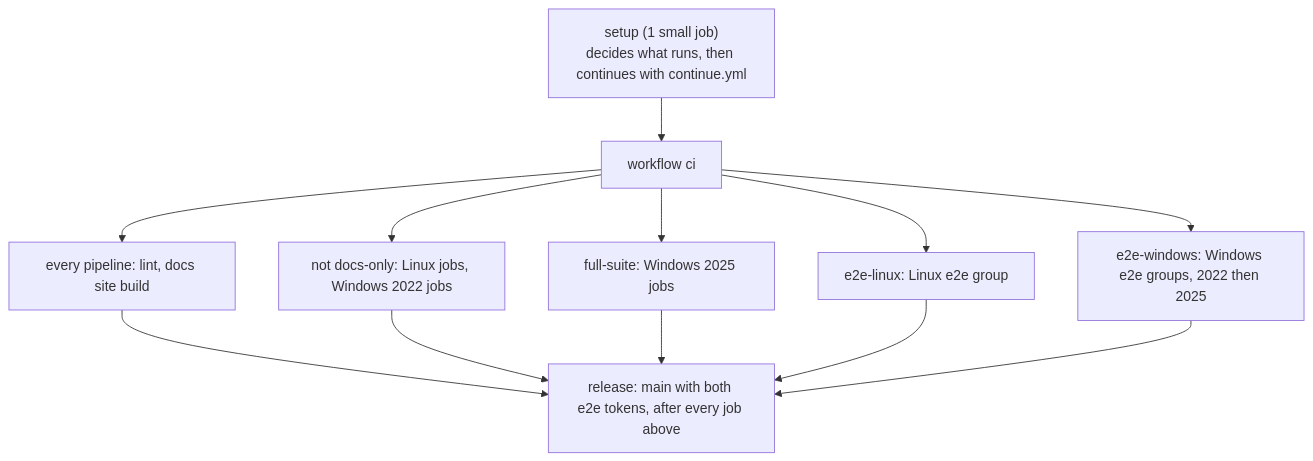
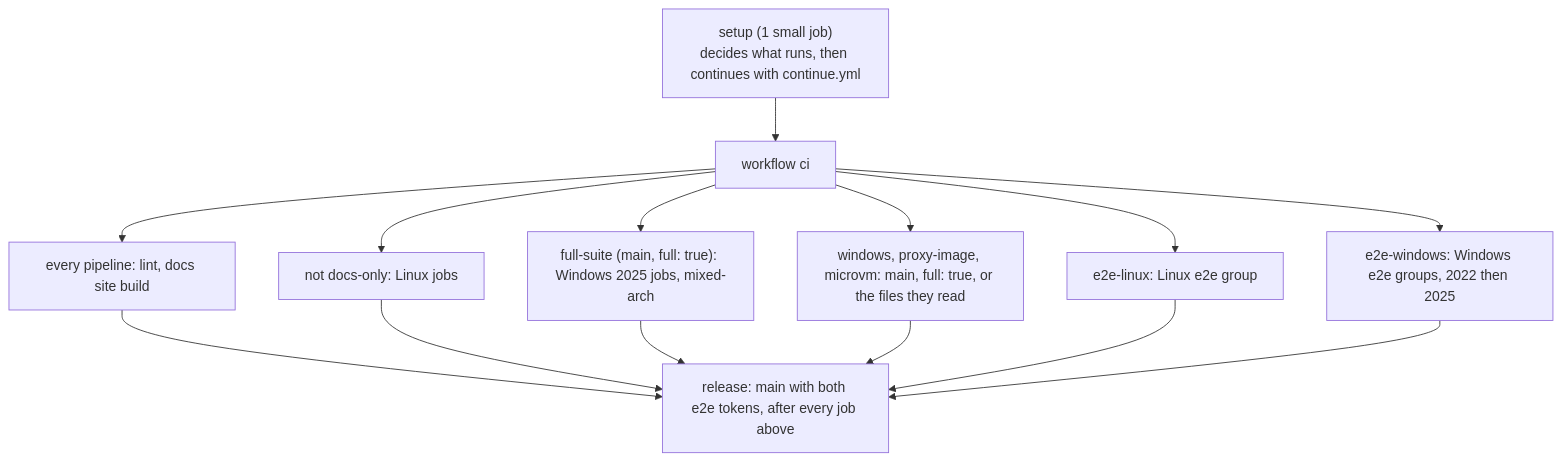
One commit to CircleCI-Labs/scalable-machine-runner changed the diagram in docs/ci.md. Above: the diagram before and after it, drawn with Mermaid. The commit also changed other lines of this file and 5 other files, not shown here.

First line of the commit message:
ci(setup): run the heavy suites for the files they read, and set strict on main

````diff
--- a/docs/ci.md
+++ b/docs/ci.md
@@ -67,16 +67,18 @@
 ```mermaid
 flowchart TD
   setup["setup (1 small job)<br/>decides what runs, then continues with continue.yml"]
   setup --> ci["workflow ci"]
   ci --> lint["every pipeline: lint, docs site build"]
-  ci --> base["not docs-only: Linux jobs, Windows 2022 jobs"]
-  ci --> full["full-suite: Windows 2025 jobs"]
+  ci --> base["not docs-only: Linux jobs"]
+  ci --> full["full-suite (main, full: true): Windows 2025 jobs, mixed-arch"]
+  ci --> heavy["windows, proxy-image, microvm: main, full: true, or the files they read"]
   ci --> e2el["e2e-linux: Linux e2e group"]
   ci --> e2ew["e2e-windows: Windows e2e groups, 2022 then 2025"]
   lint --> release
   base --> release
   full --> release
+  heavy --> release
   e2el --> release
   e2ew --> release
   release["release: main with both e2e tokens, after every job above"]
 ```
````
